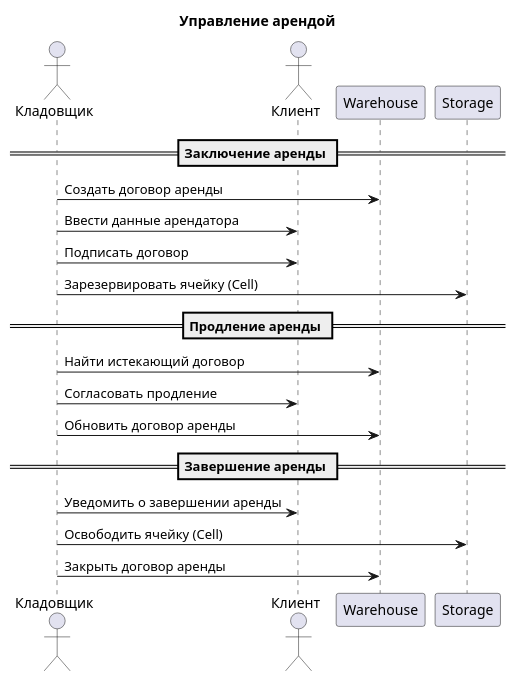
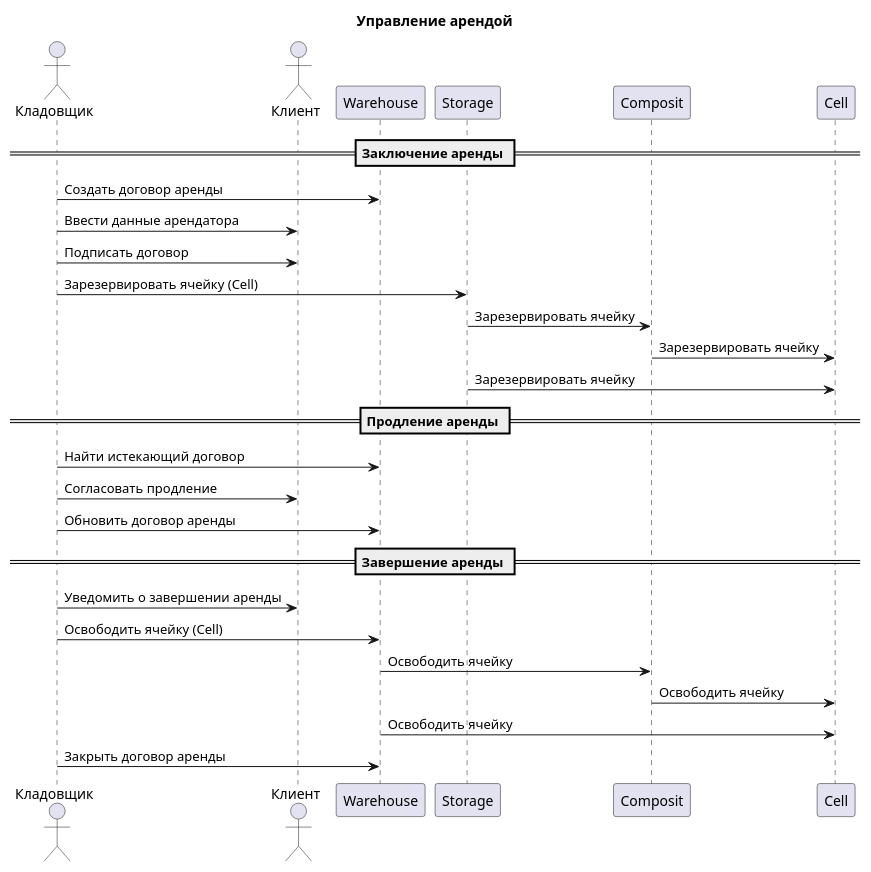
Before and after one commit to penamarth/bsbo-14-22_team5_var6: the diagram in Precedents/Управление арендой/Диаграмма последовательности.md, drawn with PlantUML.

Commit message:
Update Диаграмма последовательности.md

````diff
--- a/Precedents/Управление арендой/Диаграмма последовательности.md
+++ b/Precedents/Управление арендой/Диаграмма последовательности.md
@@ -1,25 +1,31 @@
 ```plantuml 
 @startuml
 actor "Кладовщик" as warehouseManager
 actor "Клиент" as client
 
 title Управление арендой
 
 == Заключение аренды ==
 warehouseManager -> Warehouse: Создать договор аренды
 warehouseManager -> client: Ввести данные арендатора
 warehouseManager -> client: Подписать договор
 warehouseManager -> Storage: Зарезервировать ячейку (Cell)
+Storage -> Composit: Зарезервировать ячейку
+Composit -> Cell: Зарезервировать ячейку
+Storage -> Cell: Зарезервировать ячейку
 
 == Продление аренды ==
 warehouseManager -> Warehouse: Найти истекающий договор
 warehouseManager -> client: Согласовать продление
 warehouseManager -> Warehouse: Обновить договор аренды
 
 == Завершение аренды ==
 warehouseManager -> client: Уведомить о завершении аренды
-warehouseManager -> Storage: Освободить ячейку (Cell)
+warehouseManager -> Warehouse: Освободить ячейку (Cell)
+Warehouse -> Composit: Освободить ячейку
+Composit -> Cell: Освободить ячейку
+Warehouse -> Cell: Освободить ячейку
 warehouseManager -> Warehouse: Закрыть договор аренды
 
 @enduml
 ```
````
